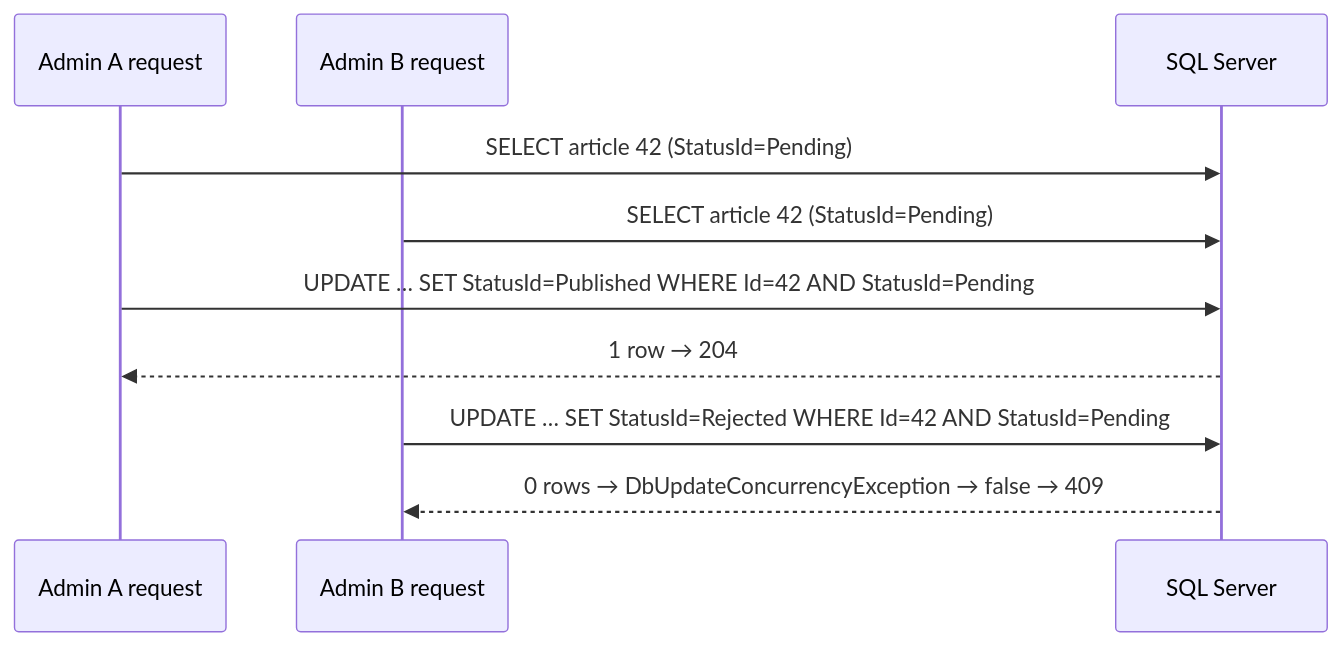
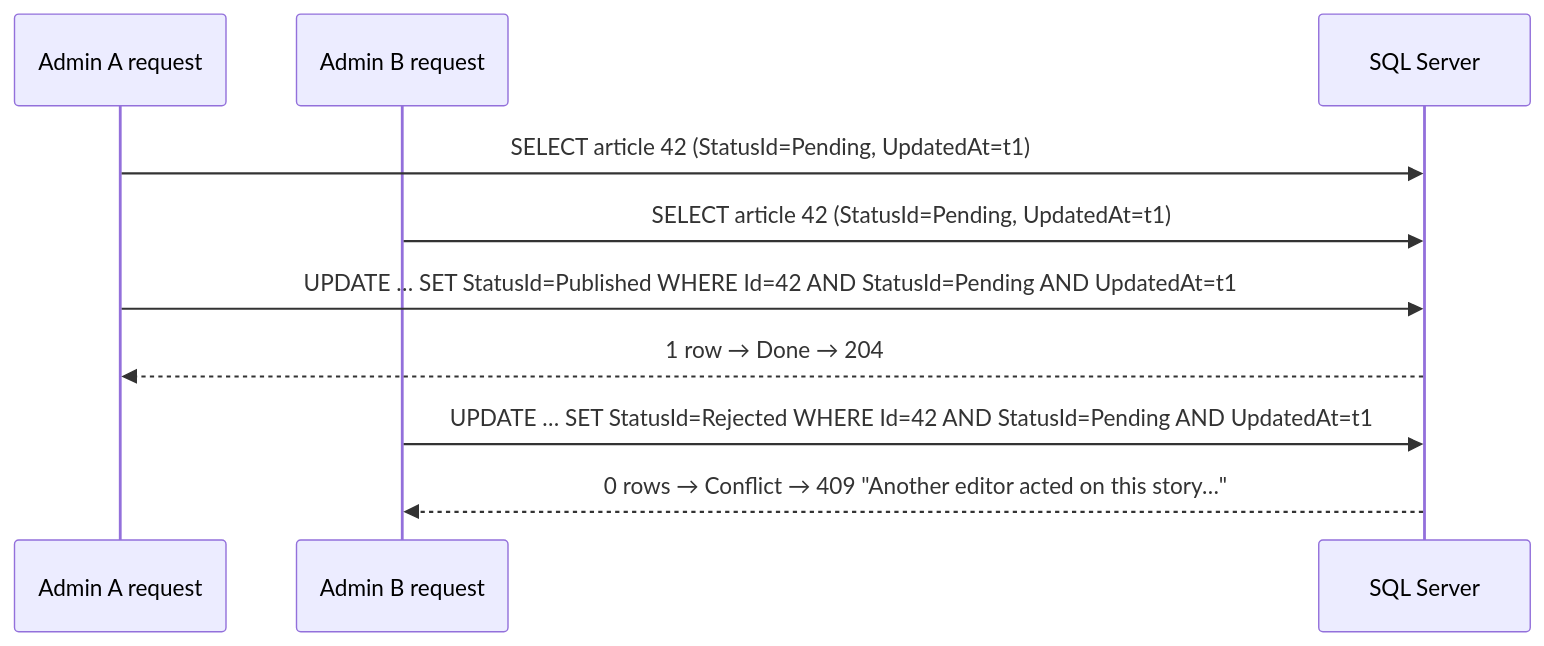
One commit to sadatnuman/News-Archive-.Net-Core-MVC-3-tier-Architecture- changed the second of 3 diagrams in sadp_delivery/09_C4_AND_4PLUS1/4PLUS1_VIEWS.md. Above: the diagram before and after it, drawn with Mermaid. The commit also changed other lines of this file and 50 other files, not shown here.

````diff
--- a/sadp_delivery/09_C4_AND_4PLUS1/4PLUS1_VIEWS.md
+++ b/sadp_delivery/09_C4_AND_4PLUS1/4PLUS1_VIEWS.md
@@ -56,12 +76,12 @@
 ```mermaid
 sequenceDiagram
     participant A as Admin A request
     participant B as Admin B request
     participant DB as SQL Server
-    A->>DB: SELECT article 42 (StatusId=Pending)
-    B->>DB: SELECT article 42 (StatusId=Pending)
-    A->>DB: UPDATE … SET StatusId=Published WHERE Id=42 AND StatusId=Pending
-    DB-->>A: 1 row → 204
-    B->>DB: UPDATE … SET StatusId=Rejected WHERE Id=42 AND StatusId=Pending
-    DB-->>B: 0 rows → DbUpdateConcurrencyException → false → 409
+    A->>DB: SELECT article 42 (StatusId=Pending, UpdatedAt=t1)
+    B->>DB: SELECT article 42 (StatusId=Pending, UpdatedAt=t1)
+    A->>DB: UPDATE … SET StatusId=Published WHERE Id=42 AND StatusId=Pending AND UpdatedAt=t1
+    DB-->>A: 1 row → Done → 204
+    B->>DB: UPDATE … SET StatusId=Rejected WHERE Id=42 AND StatusId=Pending AND UpdatedAt=t1
+    DB-->>B: 0 rows → Conflict → 409 "Another editor acted on this story…"
 ```
````
